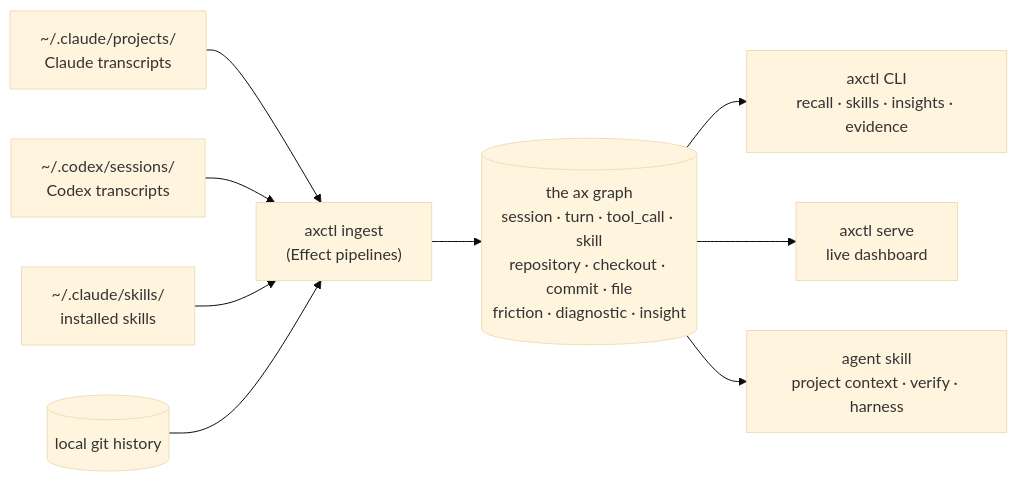
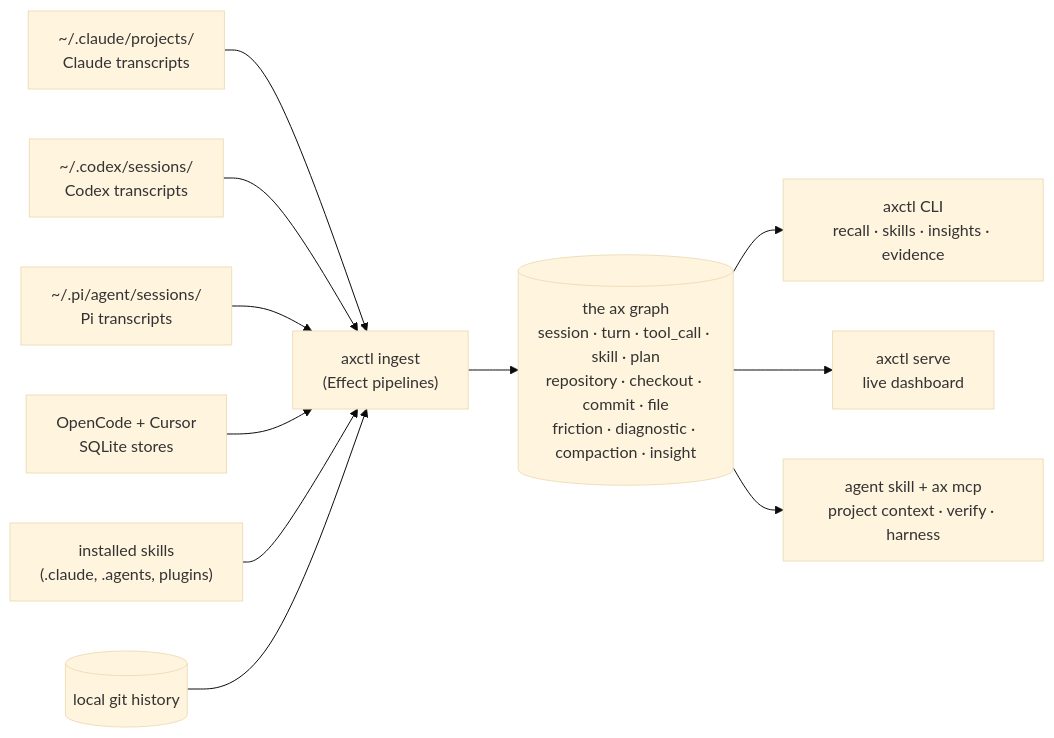
The diagram in README.md (Necmttn/ax), drawn with Mermaid (base theme) before and after one commit. The commit also changed other lines of this file and 15 other files, not shown here.

````diff
--- a/README.md
+++ b/README.md
@@ -42,19 +42,23 @@
 ```mermaid
 flowchart LR
   cc["~/.claude/projects/<br/>Claude transcripts"]
   cx["~/.codex/sessions/<br/>Codex transcripts"]
-  sk["~/.claude/skills/<br/>installed skills"]
+  pi["~/.pi/agent/sessions/<br/>Pi transcripts"]
+  oc["OpenCode + Cursor<br/>SQLite stores"]
+  sk["installed skills<br/>(.claude, .agents, plugins)"]
   g[("local git history")]
 
   cc --> ingest
   cx --> ingest
+  pi --> ingest
+  oc --> ingest
   sk --> ingest
   g  --> ingest
 
   ingest["axctl ingest<br/>(Effect pipelines)"] --> db
-  db[("the ax graph<br/>session · turn · tool_call · skill<br/>repository · checkout · commit · file<br/>friction · diagnostic · insight")]
+  db[("the ax graph<br/>session · turn · tool_call · skill · plan<br/>repository · checkout · commit · file<br/>friction · diagnostic · compaction · insight")]
 
   db --> cli["axctl CLI<br/>recall · skills · insights · evidence"]
   db --> dash["axctl serve<br/>live dashboard"]
-  db --> agent["agent skill<br/>project context · verify · harness"]
+  db --> agent["agent skill + ax mcp<br/>project context · verify · harness"]
 ```
````
